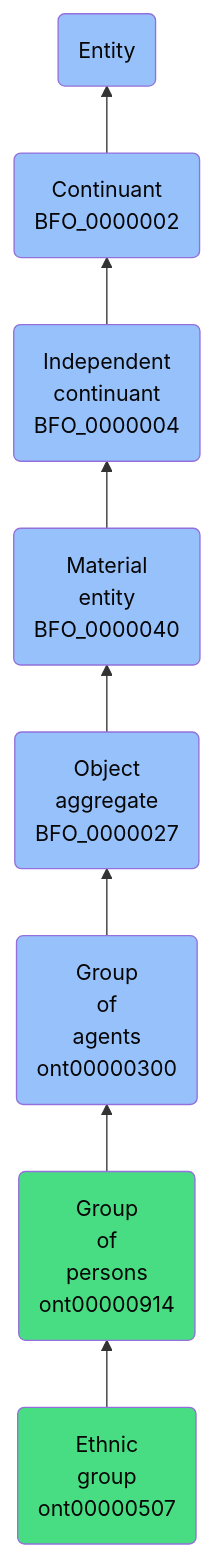
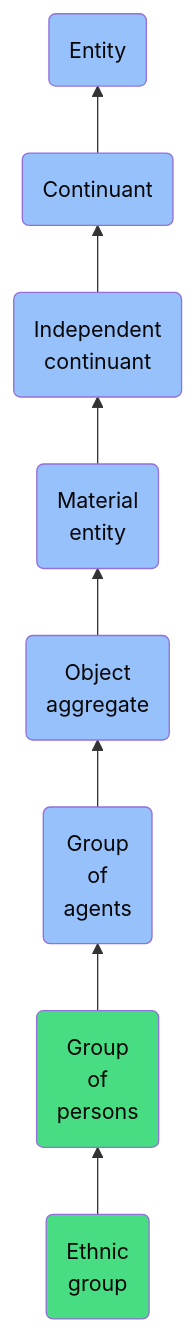
One commit to jupyter-naas/abi changed the diagram in docs/ontology/reference/model/Entity/Continuant/Independent continuant/Material entity/Object aggregate/Group of agents/Group of persons/Ethnic group/Ethnic group.md. Above: the diagram before and after it, drawn with Mermaid. The commit also changed other lines of this file and 1430 other files, not shown here.

````diff
--- a/docs/ontology/reference/model/Entity/Continuant/Independent continuant/Material entity/Object aggregate/Group of agents/Group of persons/Ethnic group/Ethnic group.md
+++ b/docs/ontology/reference/model/Entity/Continuant/Independent continuant/Material entity/Object aggregate/Group of agents/Group of persons/Ethnic group/Ethnic group.md
@@ -24,15 +24,15 @@
 ```mermaid
 graph BT
-    ont00000507(Ethnic<br>group<br>ont00000507):::ABI-->ont00000914
-    ont00000914(Group<br>of<br>persons<br>ont00000914):::ABI-->ont00000300
-    ont00000300(Group<br>of<br>agents<br>ont00000300):::BFO-->BFO_0000027
-    BFO_0000027(Object<br>aggregate<br>BFO_0000027):::BFO-->BFO_0000040
-    BFO_0000040(Material<br>entity<br>BFO_0000040):::BFO-->BFO_0000004
-    BFO_0000004(Independent<br>continuant<br>BFO_0000004):::BFO-->BFO_0000002
-    BFO_0000002(Continuant<br>BFO_0000002):::BFO-->BFO_0000001
+    ont00000507(Ethnic<br>group):::ABI-->ont00000914
+    ont00000914(Group<br>of<br>persons):::ABI-->ont00000300
+    ont00000300(Group<br>of<br>agents):::BFO-->BFO_0000027
+    BFO_0000027(Object<br>aggregate):::BFO-->BFO_0000040
+    BFO_0000040(Material<br>entity):::BFO-->BFO_0000004
+    BFO_0000004(Independent<br>continuant):::BFO-->BFO_0000002
+    BFO_0000002(Continuant):::BFO-->BFO_0000001
     BFO_0000001(Entity):::BFO
     
     classDef BFO fill:#97c1fb,color:#060606
     classDef CCO fill:#e4c51e,color:#060606
     classDef ABI fill:#48DD82,color:#060606
 ```
````
